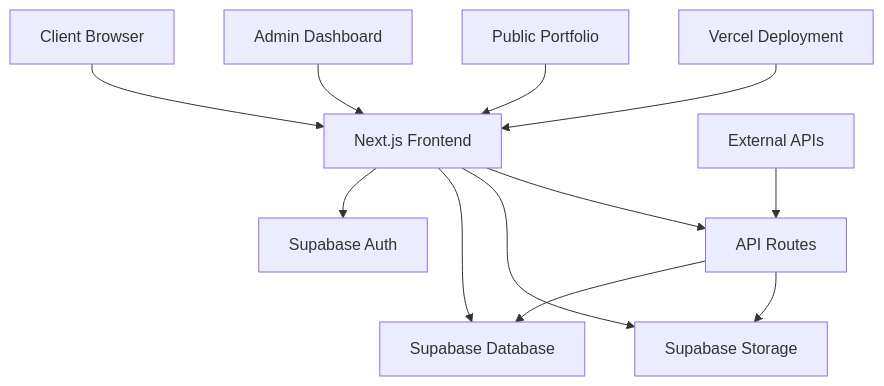
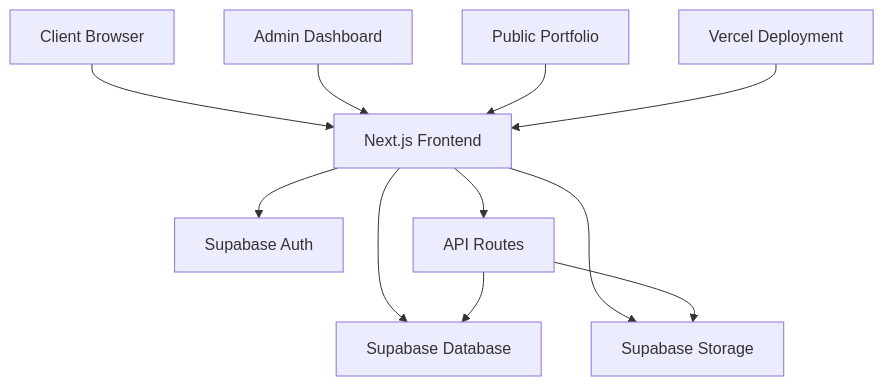
One commit to rizkinov/wolf-studio changed the diagram in README.md. Above: the diagram before and after it, drawn with Mermaid. The commit also changed other lines of this file, not shown here.

````diff
--- a/README.md
+++ b/README.md
@@ -89,14 +89,13 @@
 ```mermaid
 graph TD
     A[Client Browser] --> B[Next.js Frontend]
     B --> C[Supabase Auth]
     B --> D[Supabase Database]
     B --> E[Supabase Storage]
     B --> F[API Routes]
     F --> D
     F --> E
     G[Admin Dashboard] --> B
     H[Public Portfolio] --> B
     I[Vercel Deployment] --> B
-    J[External APIs] --> F
 ```
````
